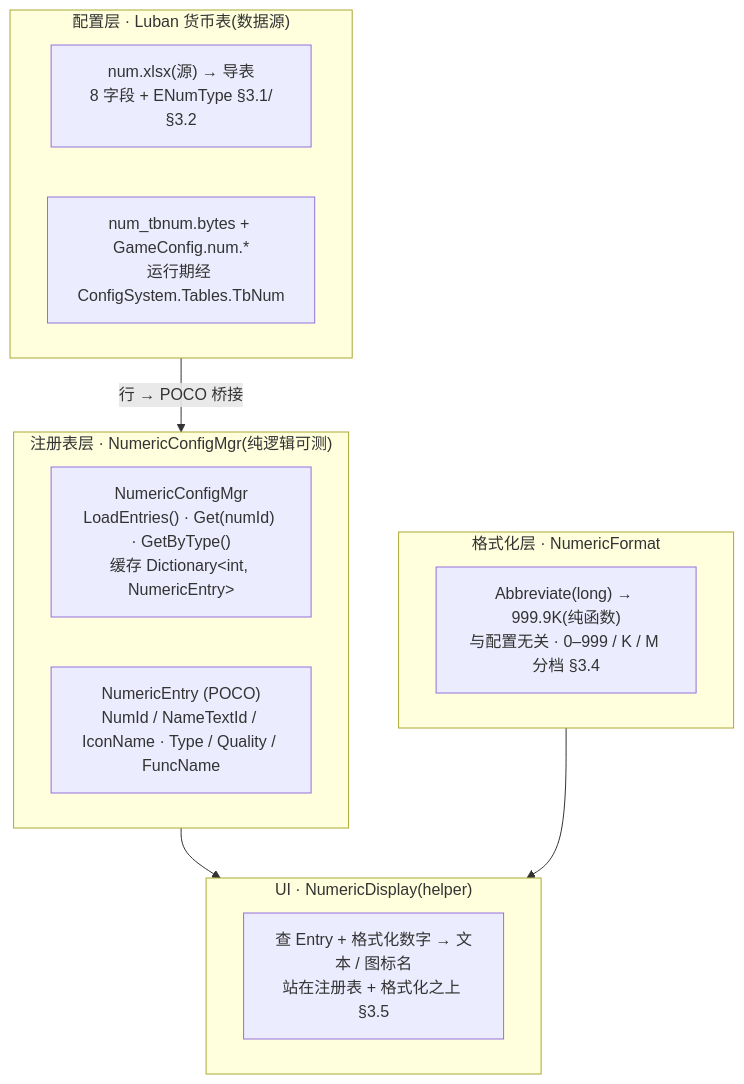
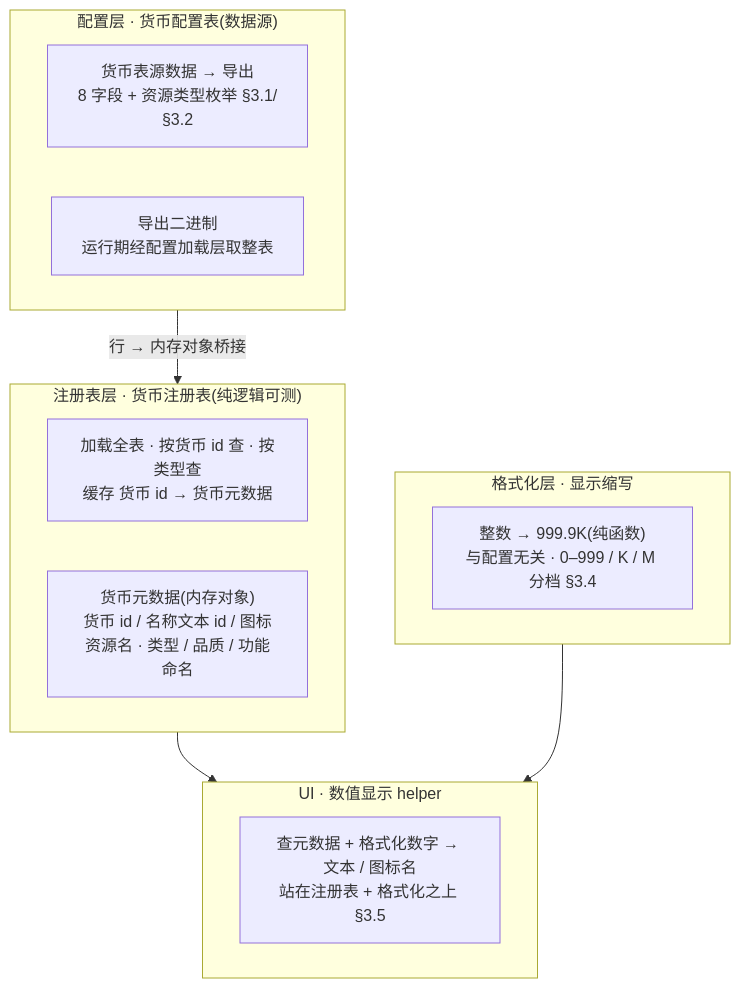
Before and after one commit to zhoupeng921101/TEngine_zp: the first of 2 diagrams in UnityProject/design-docs/15-numeric-system.md, drawn with Mermaid. The commit also changed other lines of this file and 20 other files, not shown here.

````diff
--- a/UnityProject/design-docs/15-numeric-system.md
+++ b/UnityProject/design-docs/15-numeric-system.md
@@ -60,20 +59,20 @@
 ```mermaid
 flowchart TD
-    subgraph cfg["配置层 · Luban 货币表(数据源)"]
-        x1["num.xlsx(源) → 导表<br/>8 字段 + ENumType §3.1/§3.2"]
-        x2["num_tbnum.bytes + GameConfig.num.*<br/>运行期经 ConfigSystem.Tables.TbNum"]
+    subgraph cfg["配置层 · 货币配置表(数据源)"]
+        x1["货币表源数据 → 导出<br/>8 字段 + 资源类型枚举 §3.1/§3.2"]
+        x2["导出二进制<br/>运行期经配置加载层取整表"]
     end
-    subgraph reg["注册表层 · NumericConfigMgr(纯逻辑可测)"]
-        r1["NumericConfigMgr<br/>LoadEntries() · Get(numId) · GetByType()<br/>缓存 Dictionary&lt;int, NumericEntry&gt;"]
-        r2["NumericEntry (POCO)<br/>NumId / NameTextId / IconName · Type / Quality / FuncName"]
+    subgraph reg["注册表层 · 货币注册表(纯逻辑可测)"]
+        r1["加载全表 · 按货币 id 查 · 按类型查<br/>缓存 货币 id → 货币元数据"]
+        r2["货币元数据(内存对象)<br/>货币 id / 名称文本 id / 图标资源名 · 类型 / 品质 / 功能命名"]
     end
-    subgraph fmt["格式化层 · NumericFormat"]
-        f1["Abbreviate(long) → 999.9K(纯函数)<br/>与配置无关 · 0–999 / K / M 分档 §3.4"]
+    subgraph fmt["格式化层 · 显示缩写"]
+        f1["整数 → 999.9K(纯函数)<br/>与配置无关 · 0–999 / K / M 分档 §3.4"]
     end
-    subgraph ui["UI · NumericDisplay(helper)"]
-        u1["查 Entry + 格式化数字 → 文本 / 图标名<br/>站在注册表 + 格式化之上 §3.5"]
+    subgraph ui["UI · 数值显示 helper"]
+        u1["查元数据 + 格式化数字 → 文本 / 图标名<br/>站在注册表 + 格式化之上 §3.5"]
     end
-    cfg -->|行 → POCO 桥接| reg
+    cfg -->|行 → 内存对象桥接| reg
     reg --> ui
     fmt --> ui
 ```
````
